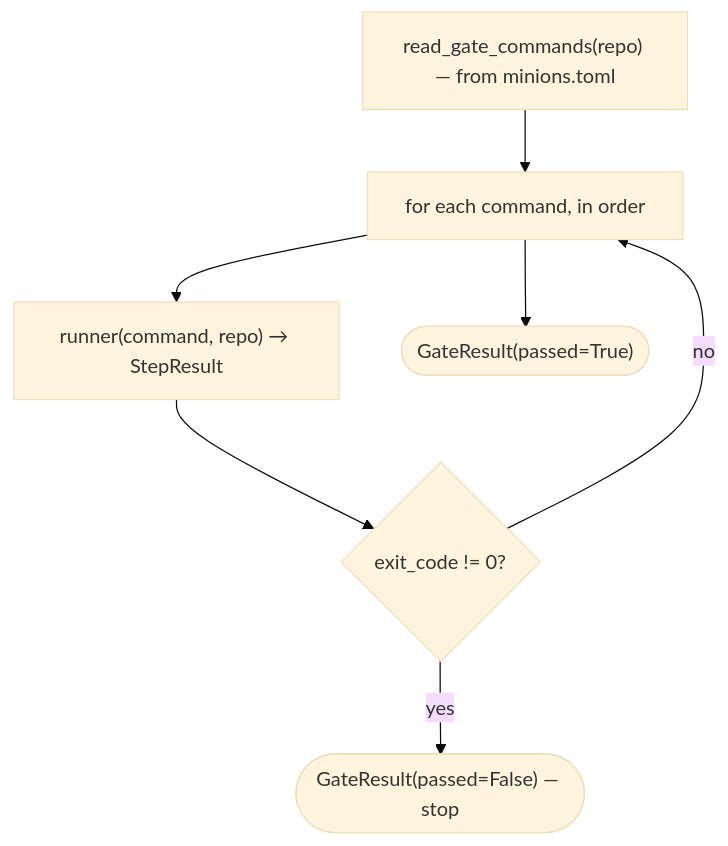
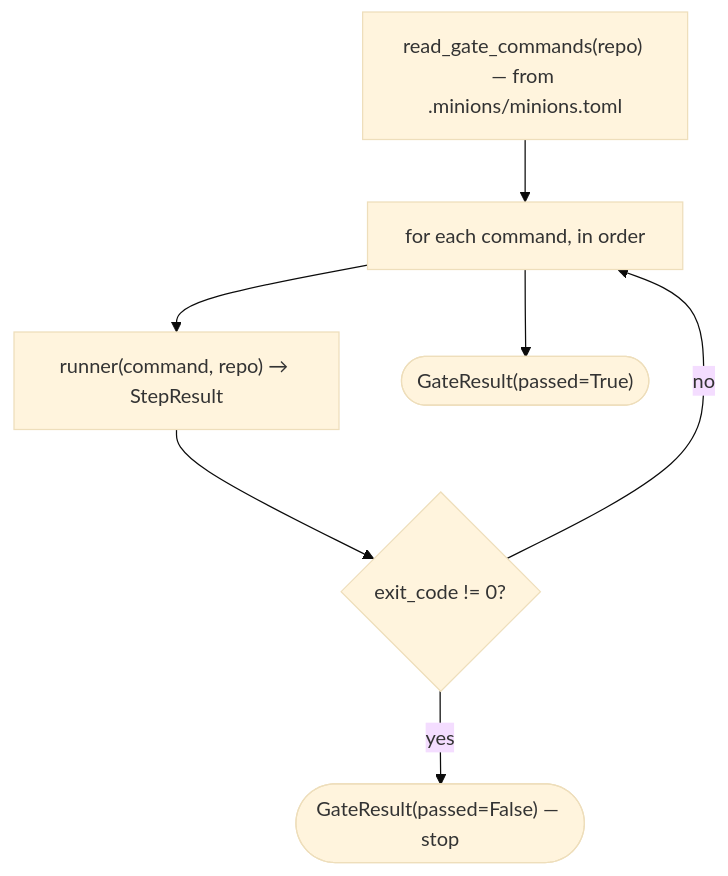
The diagram in docs/modules/gate.md (alxb1t/minionsfactory), drawn with Mermaid (base theme) before and after one commit. The commit also changed other lines of this file and 11 other files, not shown here.

First line of the commit message:
feat: add preflight/contract guard + relocate gate config to .minions/

````diff
--- a/docs/modules/gate.md
+++ b/docs/modules/gate.md
@@ -29,9 +29,9 @@
 ```mermaid
 flowchart TD
-    rg["read_gate_commands(repo) — from minions.toml"] --> loop["for each command, in order"]
+    rg["read_gate_commands(repo) — from .minions/minions.toml"] --> loop["for each command, in order"]
     loop --> run["runner(command, repo) → StepResult"]
     run --> red{"exit_code != 0?"}
     red -- yes --> fail(["GateResult(passed=False) — stop"])
     red -- no --> loop
     loop --> pass(["GateResult(passed=True)"])
 ```
````
